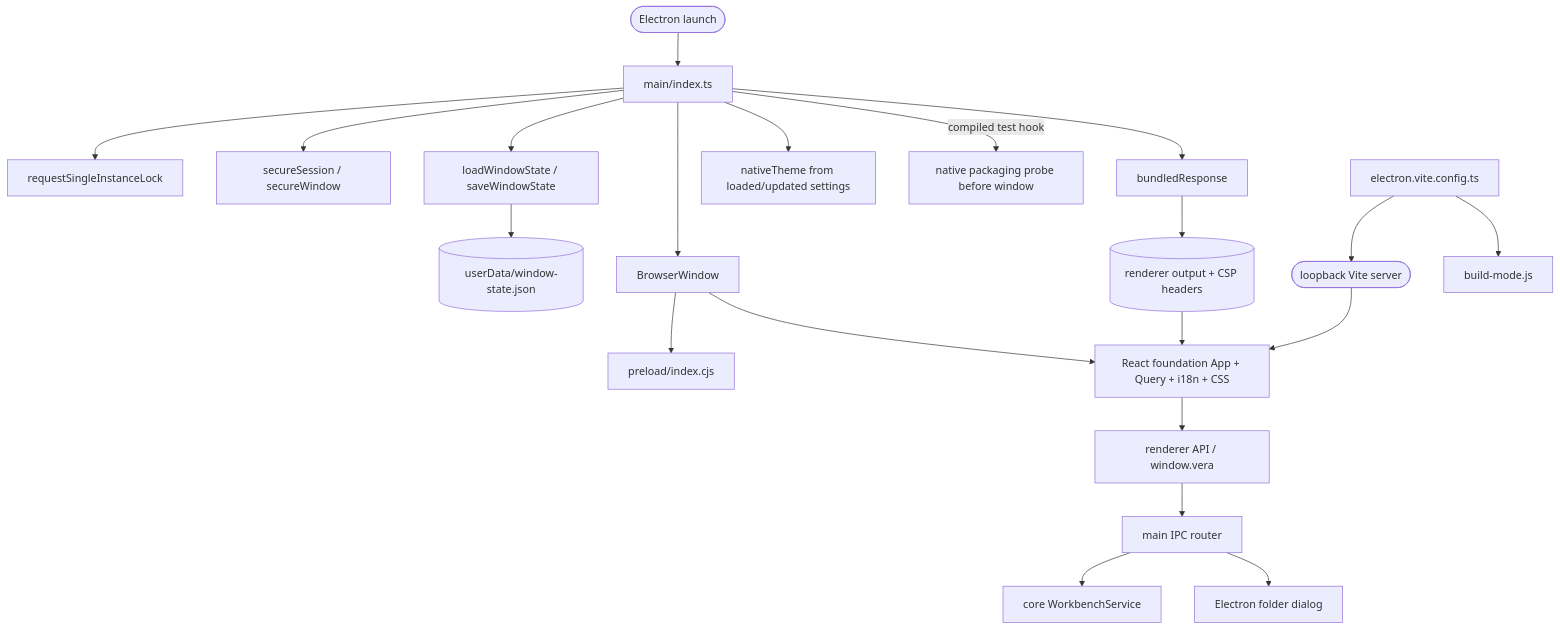
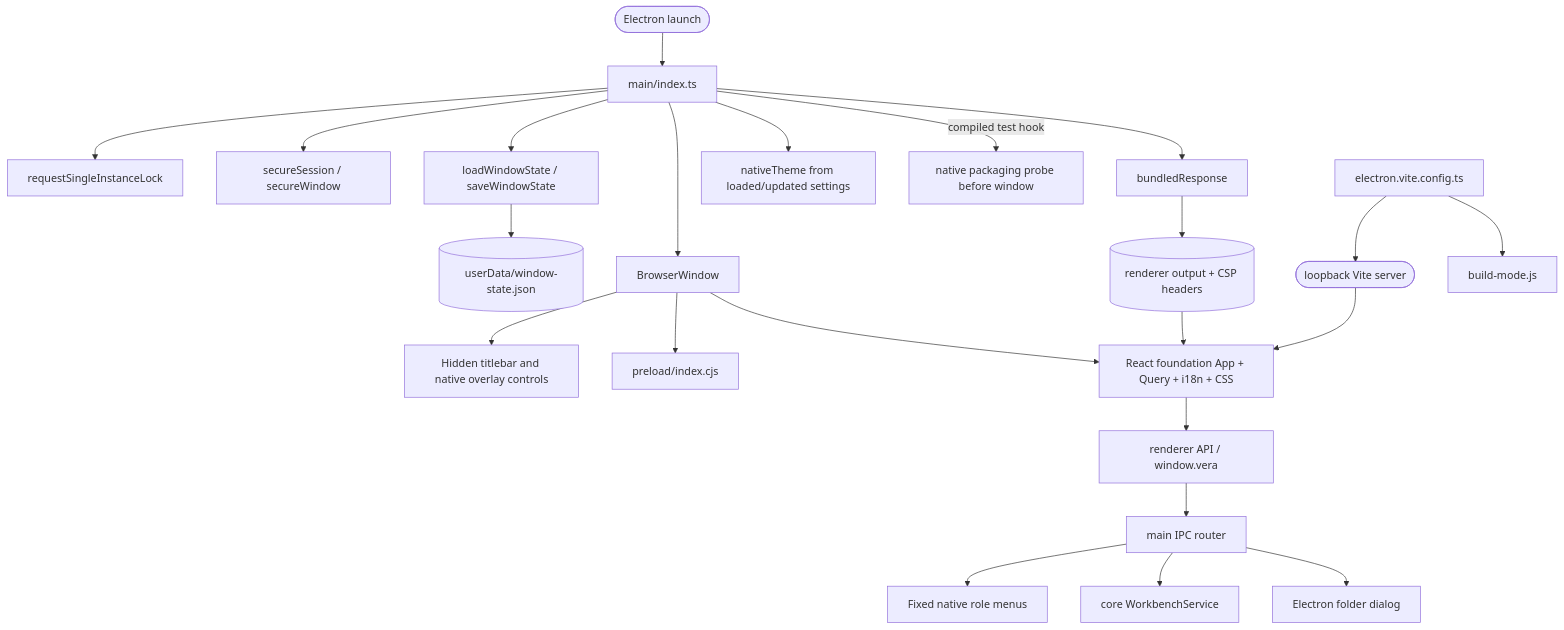
One commit to DDP-Engineering/2026_Virtual_Embedded_Rig_Assistant changed the diagram in .agentic/knowledge/desktop-shell.md. Above: the diagram before and after it, drawn with Mermaid. The commit also changed other lines of this file and 34 other files, not shown here.

````diff
--- a/.agentic/knowledge/desktop-shell.md
+++ b/.agentic/knowledge/desktop-shell.md
@@ -79,23 +86,25 @@
 ```mermaid
 flowchart TD
   launch([Electron launch]) --> main[main/index.ts]
   main --> lock[requestSingleInstanceLock]
   main --> security[secureSession / secureWindow]
   main --> state[loadWindowState / saveWindowState]
   state --> file[(userData/window-state.json)]
   main --> window[BrowserWindow]
+  window --> chrome[Hidden titlebar and native overlay controls]
+  router --> menus[Fixed native role menus]
   window --> preload[preload/index.cjs]
   main --> protocol[bundledResponse]
   protocol --> assets[(renderer output + CSP headers)]
   window --> renderer[React foundation App + Query + i18n + CSS]
   main --> nativeTheme[nativeTheme from loaded/updated settings]
   main -->|compiled test hook| probe[native packaging probe before window]
   renderer --> api[renderer API / window.vera]
   api --> router[main IPC router]
   router --> workbench[core WorkbenchService]
   router --> picker[Electron folder dialog]
   assets --> renderer
   dev([loopback Vite server]) --> renderer
   config[electron.vite.config.ts] --> dev
   config --> mode[build-mode.js]
 ```
````
